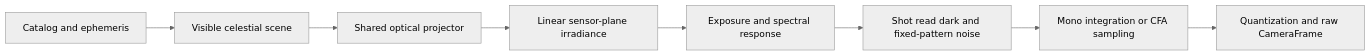
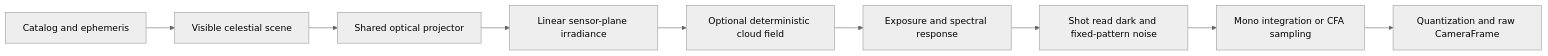
One commit to HualapaiValley/HVO.SkyMonitor changed the diagram in docs/virtual-camera.md. Above: the diagram before and after it, drawn with Mermaid (neutral theme). The commit also changed other lines of this file and 31 other files, not shown here.

First line of the commit message:
feat: add deterministic virtual cloud scenarios

````diff
--- a/docs/virtual-camera.md
+++ b/docs/virtual-camera.md
@@ -84,10 +84,11 @@
 ```mermaid
 flowchart LR
     A[Catalog and ephemeris] --> B[Visible celestial scene]
     B --> C[Shared optical projector]
     C --> D[Linear sensor-plane irradiance]
-    D --> E[Exposure and spectral response]
+    D --> CD[Optional deterministic cloud field]
+    CD --> E[Exposure and spectral response]
     E --> F[Shot read dark and fixed-pattern noise]
     F --> G[Mono integration or CFA sampling]
     G --> H[Quantization and raw CameraFrame]
 ```
````
